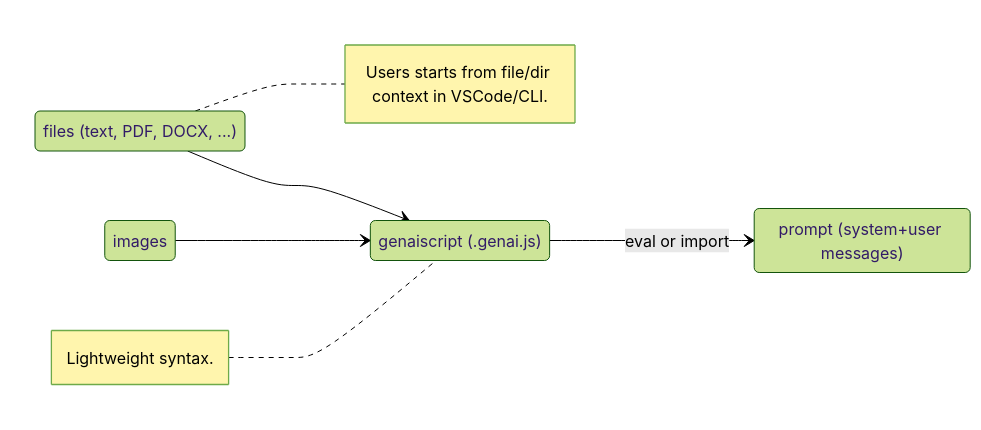
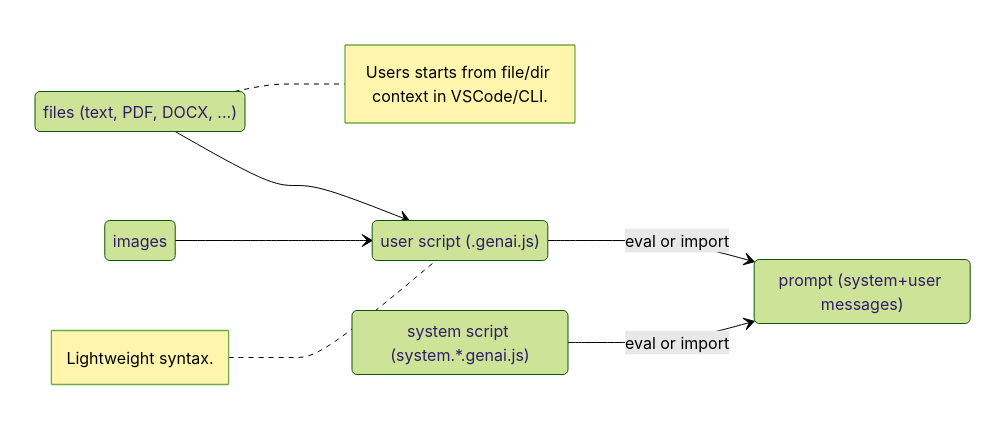
One commit to microsoft/genaiscript changed the diagram in slides/pages/script-prompt.md. Above: the diagram before and after it, drawn with Mermaid (forest theme).

Commit message:
updated diagram

````diff
--- a/slides/pages/script-prompt.md
+++ b/slides/pages/script-prompt.md
@@ -5,13 +5,15 @@
 ```mermaid
 
 stateDiagram
   direction LR
     context: files (text, PDF, DOCX, ...)
-    script : genaiscript (.genai.js)
+    script : user script (.genai.js)
     prompt : prompt (system+user messages)
+    system: system script (system.*.genai.js)
     context --> script
     note right of context : Users starts from file/dir context in VSCode/CLI.
     images --> script
     note left of script : Lightweight syntax.
     script --> prompt : eval or import
+    system --> prompt : eval or import
 ```
````
